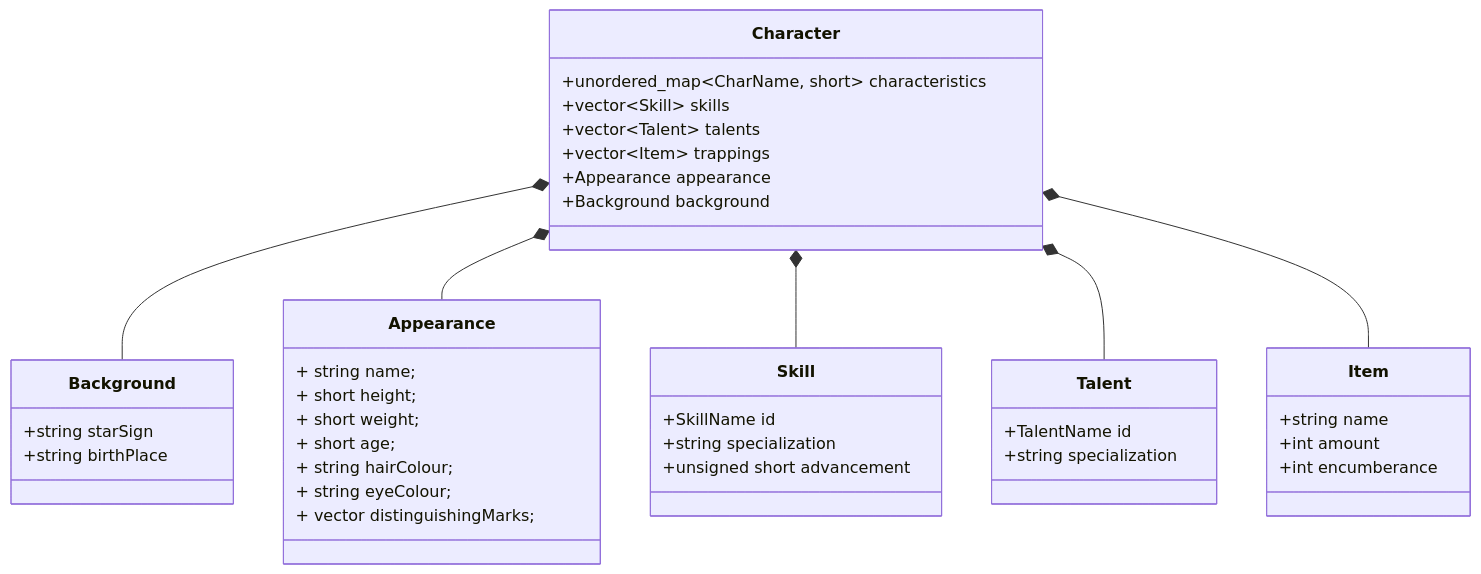
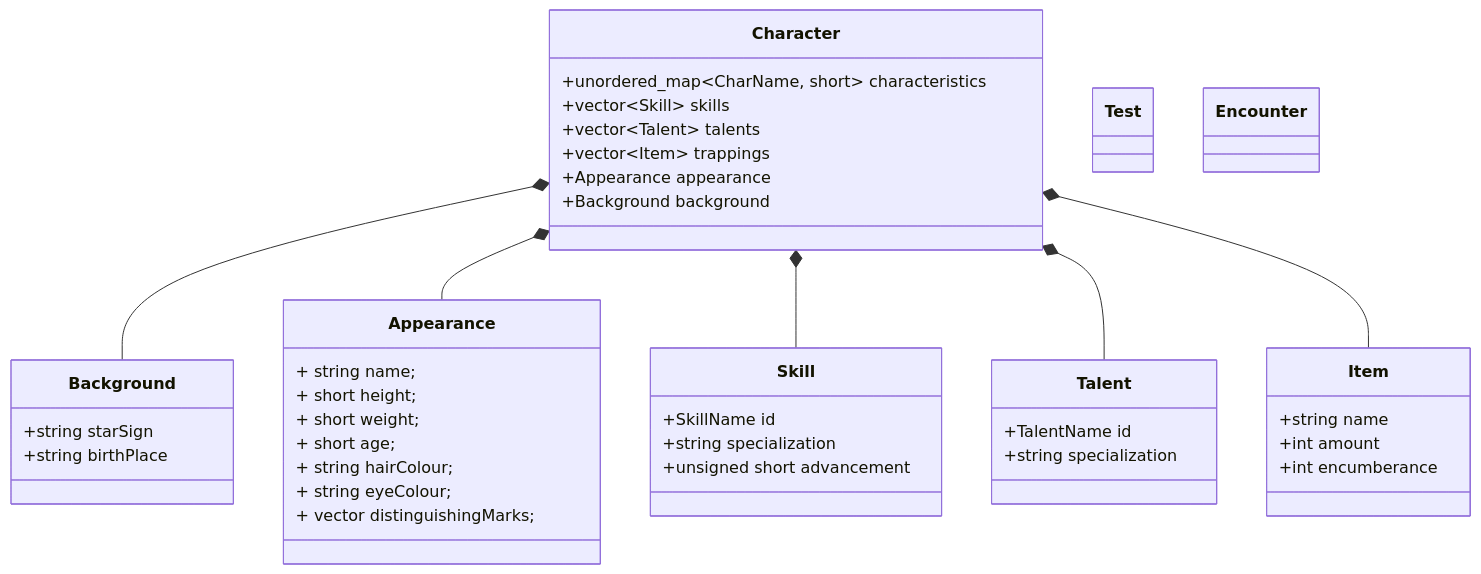
Before and after one commit to arthel37/wfrp2edEngine: the diagram in architecture.md, drawn with Mermaid. The commit also changed 4 other files, not shown here.

````diff
--- a/architecture.md
+++ b/architecture.md
@@ -1,44 +1,52 @@
 ```mermaid
 classDiagram
 class Character {
 +unordered_map~CharName, short~ characteristics
 +vector~Skill~ skills
 +vector~Talent~ talents
 +vector~Item~ trappings
 +Appearance appearance
 +Background background
 }
 class Background {
 +string starSign
 +string birthPlace
 }
 class Appearance {
 + string name;
 + short height;
 + short weight;
 + short age;
 + string hairColour;
 + string eyeColour;
 + vector distinguishingMarks;
 }
 class Skill {
 +SkillName id
 +string specialization
 +unsigned short advancement
 }
 class Talent {
 +TalentName id
 +string specialization
 }
 class Item {
 +string name
 +int amount
 +int encumberance
 }
 
+class Test {
+
+}
+
+class Encounter {
+
+}
+
 Character *-- Background
 Character *-- Appearance
 Character *-- Skill
 Character *-- Talent
 Character *-- Item
 ```
````
